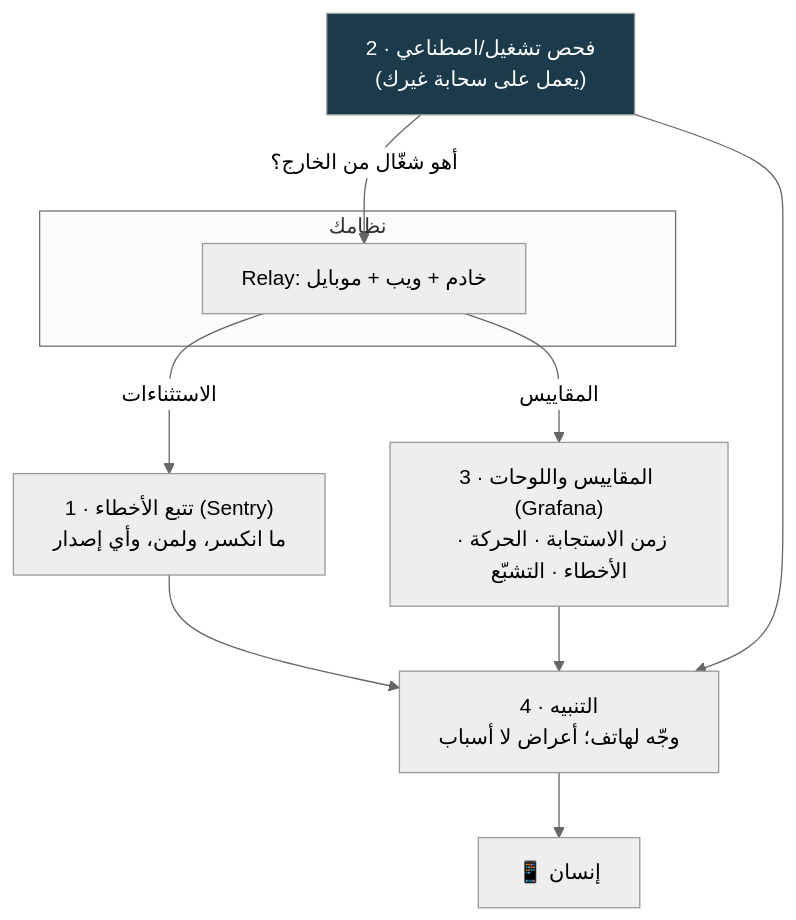
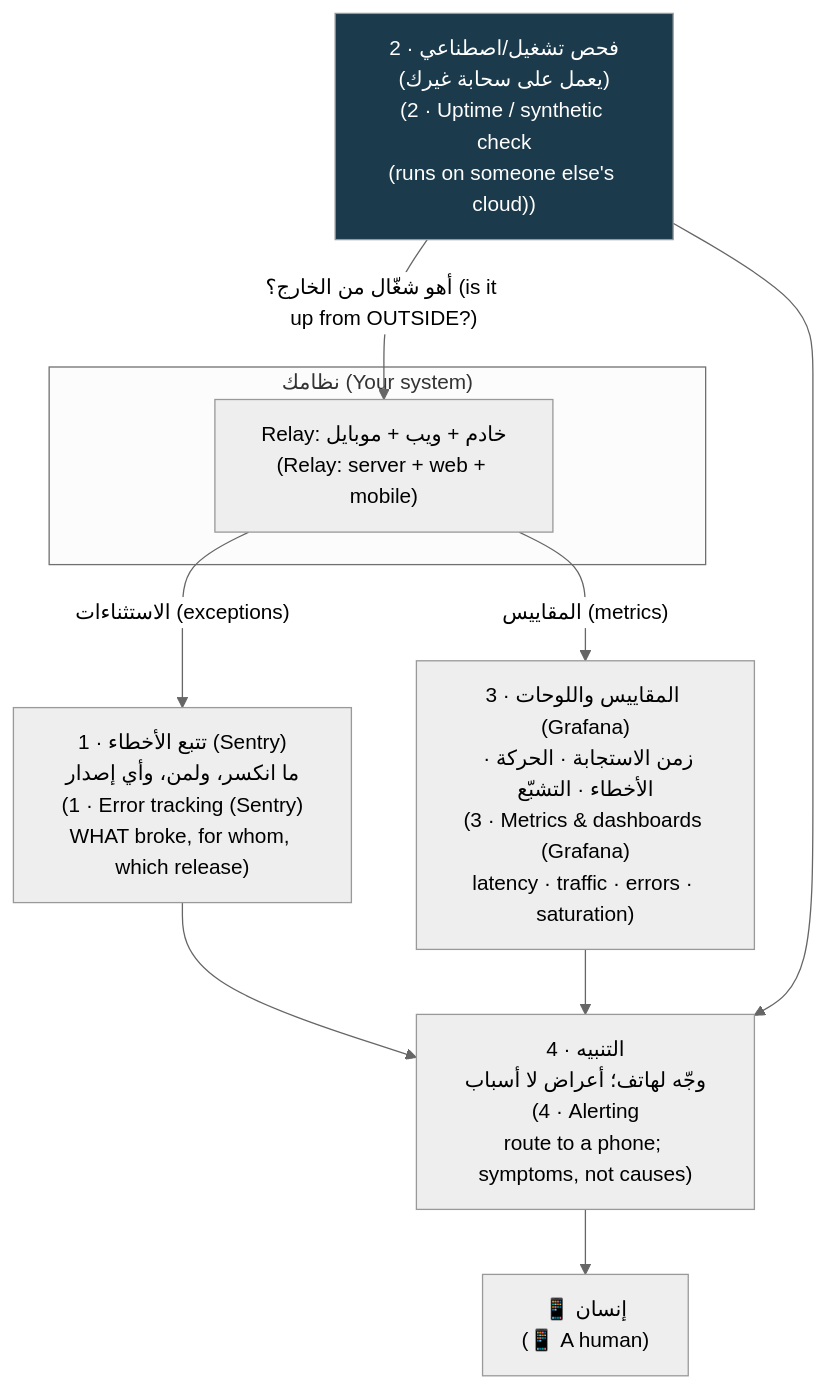
One commit to Tamoura/system-design-for-vibe-coders changed the sixth of 6 diagrams in modules/07-observability/module.ar.md. Above: the diagram before and after it, drawn with Mermaid (neutral theme). The commit also changed other lines of this file and 62 other files, not shown here.

First line of the commit message:
Arabic editions: English on every diagram label, RTL fixes, rebuild

````diff
--- a/modules/07-observability/module.ar.md
+++ b/modules/07-observability/module.ar.md
@@ -711,14 +711,14 @@
 ```mermaid
 flowchart TD
-    subgraph app["نظامك"]
-        A["Relay: خادم + ويب + موبايل"]
+    subgraph app["نظامك (Your system)"]
+        A["Relay: خادم + ويب + موبايل<br/>(Relay: server + web + mobile)"]
     end
-    A -->|"الاستثناءات"| S["1 · تتبع الأخطاء (Sentry)<br/>ما انكسر، ولمن، وأي إصدار"]
-    A -->|"المقاييس"| M["3 · المقاييس واللوحات (Grafana)<br/>زمن الاستجابة · الحركة · الأخطاء · التشبّع"]
-    EXT["2 · فحص تشغيل/اصطناعي<br/>(يعمل على سحابة غيرك)"] -->|"أهو شغّال من الخارج؟"| A
-    S --> AL["4 · التنبيه<br/>وجّه لهاتف؛ أعراض لا أسباب"]
+    A -->|"الاستثناءات (exceptions)"| S["1 · تتبع الأخطاء (Sentry)<br/>ما انكسر، ولمن، وأي إصدار<br/>(1 · Error tracking (Sentry)<br/>WHAT broke, for whom, which release)"]
+    A -->|"المقاييس (metrics)"| M["3 · المقاييس واللوحات (Grafana)<br/>زمن الاستجابة · الحركة · الأخطاء · التشبّع<br/>(3 · Metrics & dashboards (Grafana)<br/>latency · traffic · errors · saturation)"]
+    EXT["2 · فحص تشغيل/اصطناعي<br/>(يعمل على سحابة غيرك)<br/>(2 · Uptime / synthetic check<br/>(runs on someone else's cloud))"] -->|"أهو شغّال من الخارج؟ (is it up from OUTSIDE?)"| A
+    S --> AL["4 · التنبيه<br/>وجّه لهاتف؛ أعراض لا أسباب<br/>(4 · Alerting<br/>route to a phone#59; symptoms, not causes)"]
     M --> AL
     EXT --> AL
-    AL --> PH["📱 إنسان"]
+    AL --> PH["📱 إنسان<br/>(📱 A human)"]
     style EXT fill:#1b3a4b,color:#fff
 ```
````
